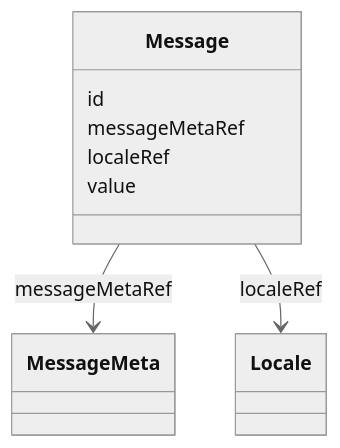
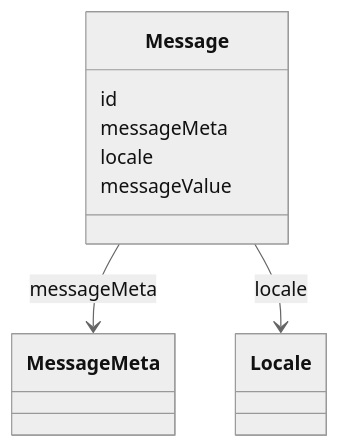
One commit to openuji/spec-ujg changed the third of 4 diagrams in specs/ed/modules/l10n/index.md. Above: the diagram before and after it, drawn with Mermaid (neutral theme). The commit also changed other lines of this file and 370 other files, not shown here.

````diff
--- a/specs/ed/modules/l10n/index.md
+++ b/specs/ed/modules/l10n/index.md
@@ -77,13 +66,13 @@
 ```mermaid
 classDiagram
   class MessageMeta
   class Locale
   class Message {
     id
-    messageMetaRef
-    localeRef
-    value
+    messageMeta
+    locale
+    messageValue
   }
-  Message --> MessageMeta : messageMetaRef
-  Message --> Locale : localeRef
+  Message --> MessageMeta : messageMeta
+  Message --> Locale : locale
 ```
````
